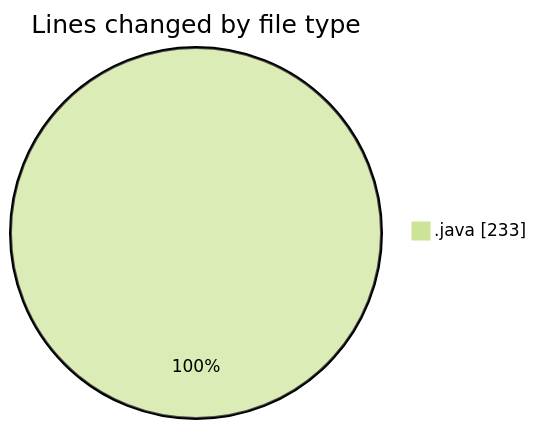
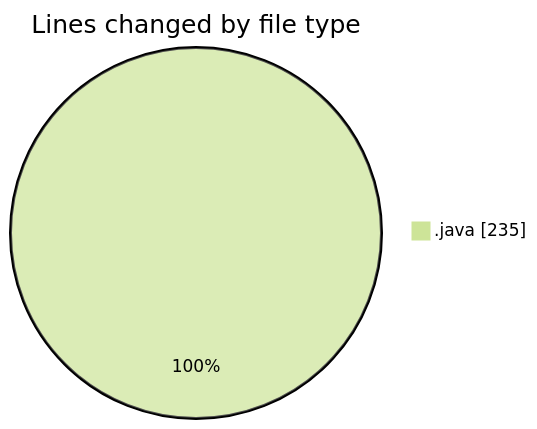
One commit to NitaiMahat/code-tracking changed the first of 2 diagrams in 2025-02-24/startfiles/README.md. Above: the diagram before and after it, drawn with Mermaid (forest theme). The commit also changed other lines of this file and 1 other file, not shown here.

````diff
--- a/2025-02-24/startfiles/README.md
+++ b/2025-02-24/startfiles/README.md
@@ -21,5 +21,5 @@
 ```mermaid
 pie showData
 title Lines changed by file type
-".java" : 233
+".java" : 235
 ```
````
